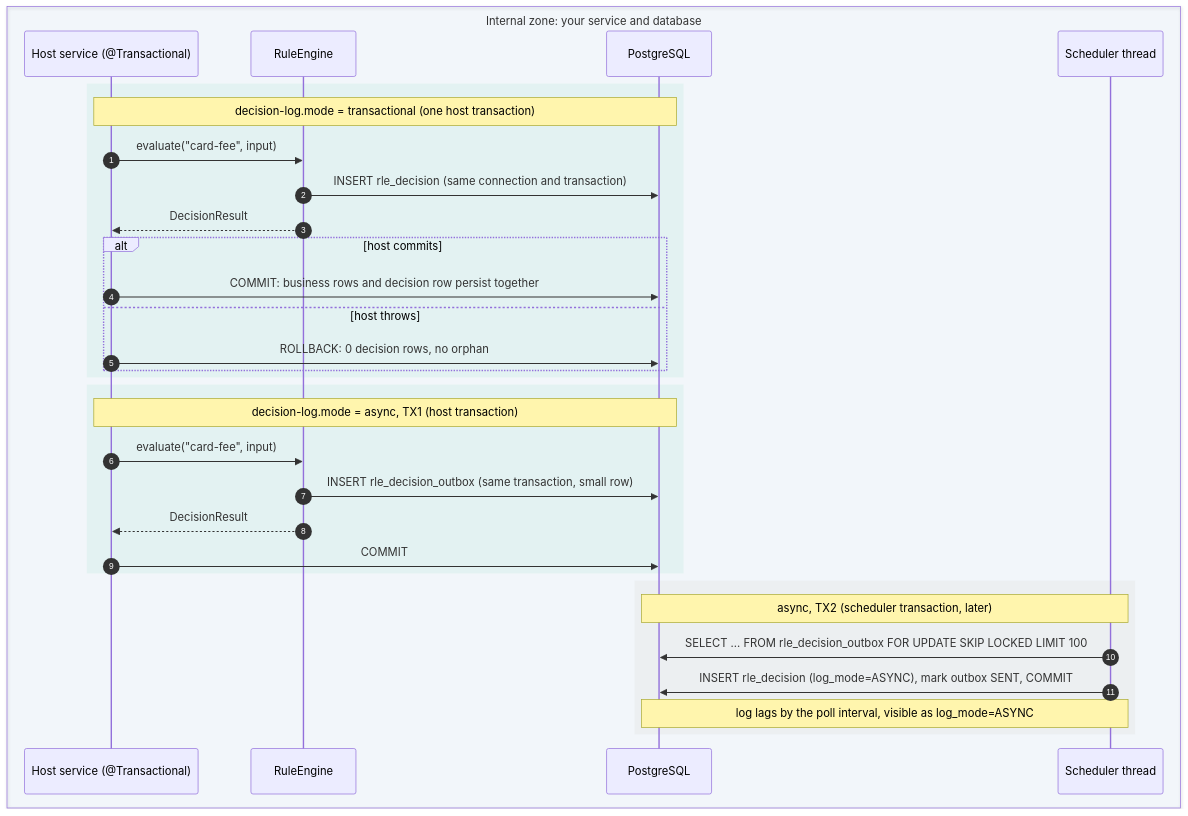
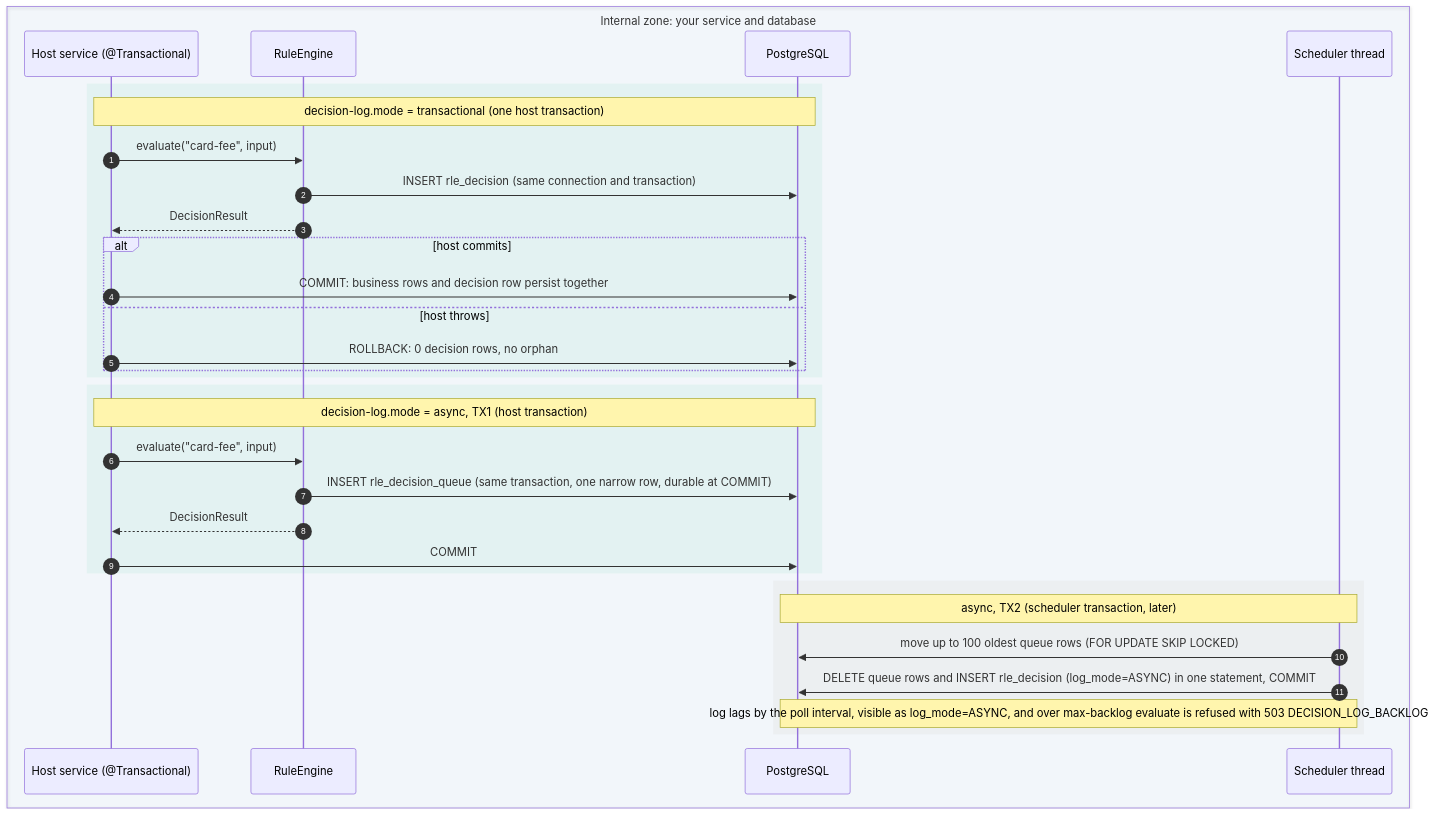
Before and after one commit to dhluong90/horus-Agentic-BPM: the diagram in wiki/diagrams/decision-log-modes.mmd, drawn with Mermaid. The commit also changed 29 other files, not shown here.

First line of the commit message:
feat(rule-engine): opt-in asynchronous decision log with a durable queue and a named refusal (#45)

```diff
--- a/wiki/diagrams/decision-log-modes.mmd
+++ b/wiki/diagrams/decision-log-modes.mmd
@@ -1,34 +1,34 @@
 sequenceDiagram
   autonumber
   box rgba(21,101,192,0.04) Internal zone: your service and database
     participant H as Host service (@Transactional)
     participant RE as RuleEngine
     participant DB as PostgreSQL
     participant SCH as Scheduler thread
   end
 
   rect rgba(224,242,241,0.8)
     Note over H,DB: decision-log.mode = transactional (one host transaction)
     H->>RE: evaluate("card-fee", input)
     RE->>DB: INSERT rle_decision (same connection and transaction)
     RE-->>H: DecisionResult
     alt host commits
       H->>DB: COMMIT: business rows and decision row persist together
     else host throws
       H->>DB: ROLLBACK: 0 decision rows, no orphan
     end
   end
 
   rect rgba(224,242,241,0.8)
     Note over H,DB: decision-log.mode = async, TX1 (host transaction)
     H->>RE: evaluate("card-fee", input)
-    RE->>DB: INSERT rle_decision_outbox (same transaction, small row)
+    RE->>DB: INSERT rle_decision_queue (same transaction, one narrow row, durable at COMMIT)
     RE-->>H: DecisionResult
     H->>DB: COMMIT
   end
   rect rgba(236,239,241,0.9)
     Note over SCH,DB: async, TX2 (scheduler transaction, later)
-    SCH->>DB: SELECT ... FROM rle_decision_outbox FOR UPDATE SKIP LOCKED LIMIT 100
-    SCH->>DB: INSERT rle_decision (log_mode=ASYNC), mark outbox SENT, COMMIT
-    Note over SCH,DB: log lags by the poll interval, visible as log_mode=ASYNC
+    SCH->>DB: move up to 100 oldest queue rows (FOR UPDATE SKIP LOCKED)
+    SCH->>DB: DELETE queue rows and INSERT rle_decision (log_mode=ASYNC) in one statement, COMMIT
+    Note over SCH,DB: log lags by the poll interval, visible as log_mode=ASYNC, and over max-backlog evaluate is refused with 503 DECISION_LOG_BACKLOG
   end
```
